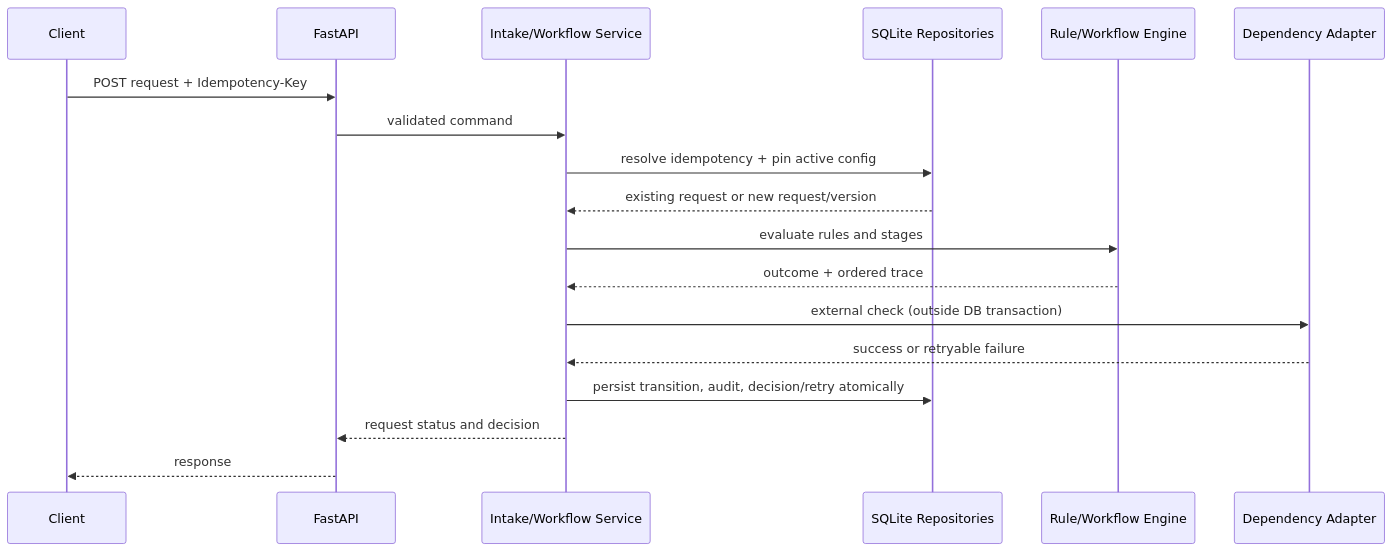
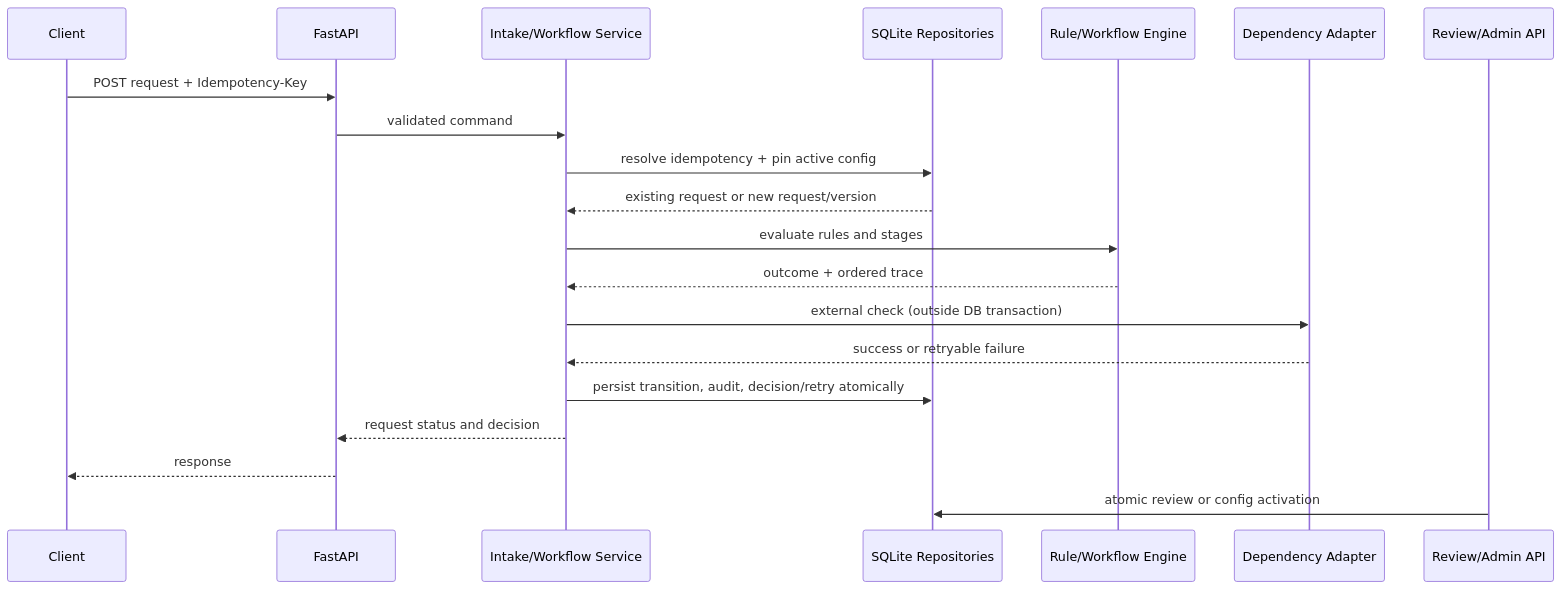
The diagram in docs/HLD.md (Ankit2515ry/flowguard-resilient-decision-system), drawn with Mermaid before and after one commit. The commit also changed other lines of this file and 22 other files, not shown here.

Commit message:
feat: add audit explanations reviews and config activation

````diff
--- a/docs/HLD.md
+++ b/docs/HLD.md
@@ -5,20 +5,22 @@
 ```mermaid
 sequenceDiagram
   participant C as Client
   participant A as FastAPI
   participant S as Intake/Workflow Service
   participant R as SQLite Repositories
   participant E as Rule/Workflow Engine
   participant X as Dependency Adapter
+  participant Admin as Review/Admin API
   C->>A: POST request + Idempotency-Key
   A->>S: validated command
   S->>R: resolve idempotency + pin active config
   R-->>S: existing request or new request/version
   S->>E: evaluate rules and stages
   E-->>S: outcome + ordered trace
   S->>X: external check (outside DB transaction)
   X-->>S: success or retryable failure
   S->>R: persist transition, audit, decision/retry atomically
   S-->>A: request status and decision
   A-->>C: response
+  Admin->>R: atomic review or config activation
 ```
````
